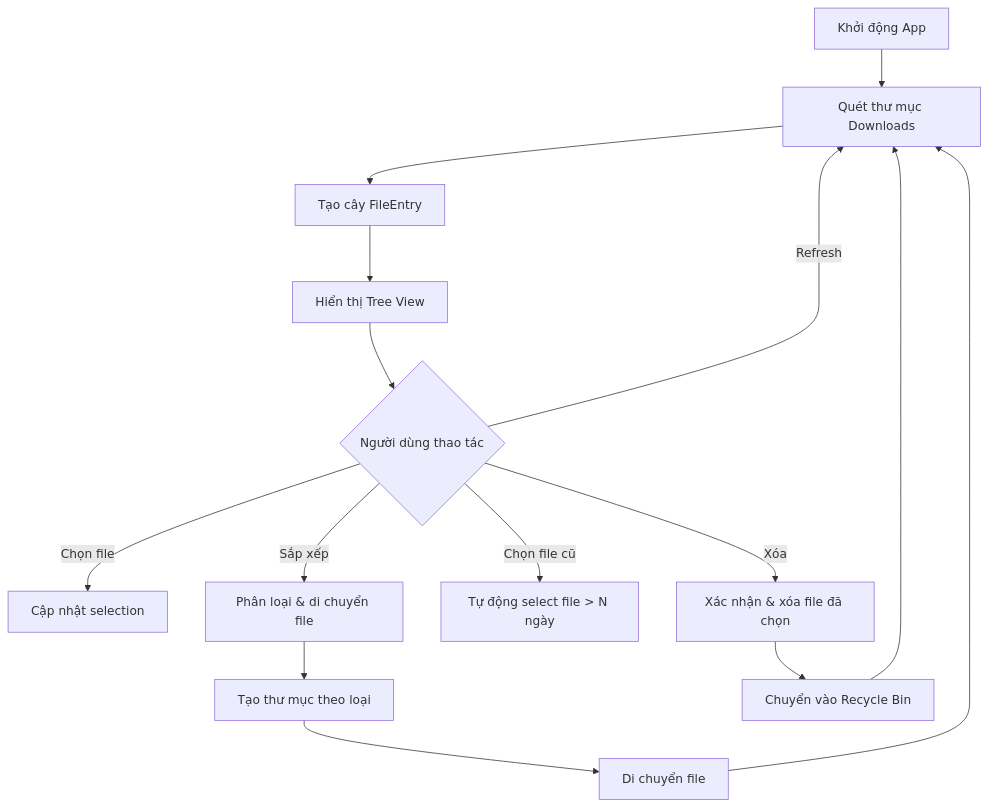
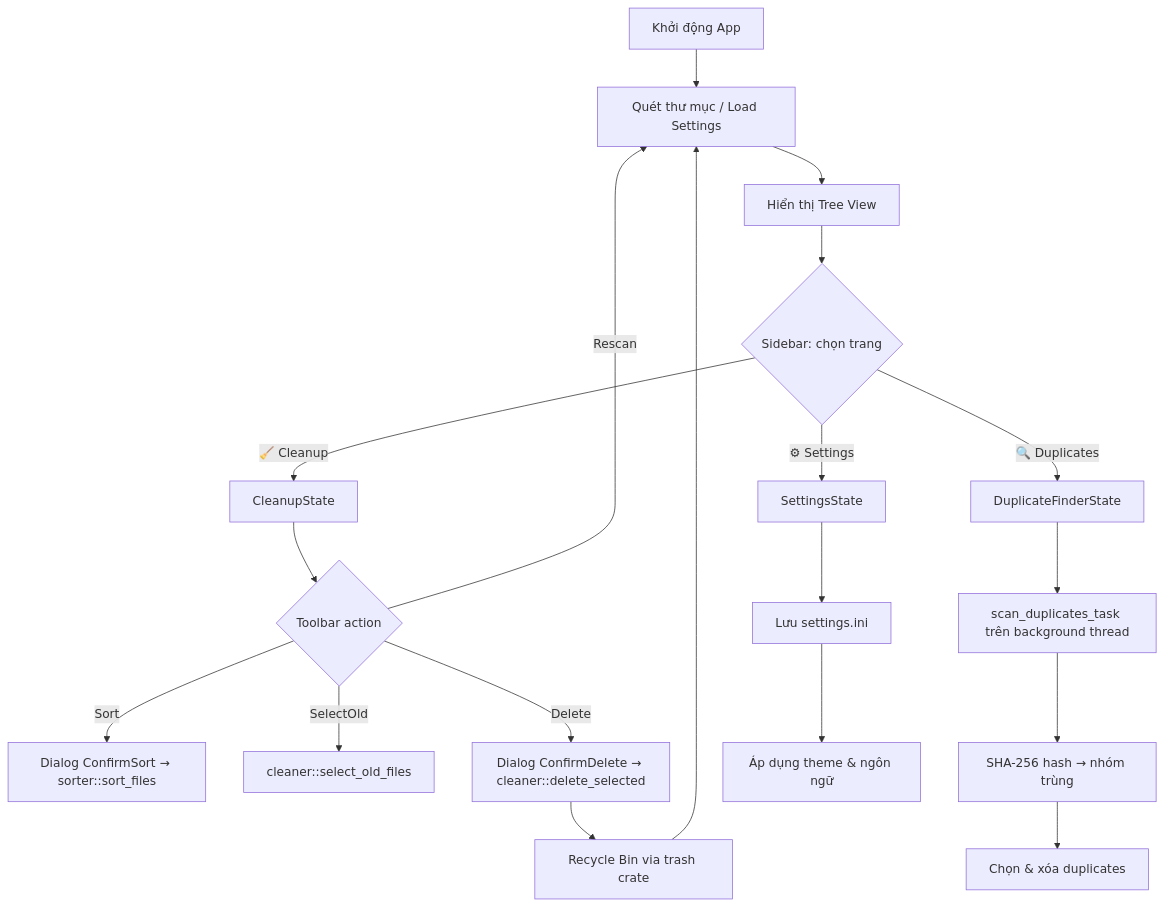
The diagram in docs/application_design.md (uongsuadaubung/cleaner), drawn with Mermaid before and after one commit. The commit also changed other lines of this file and 1 other file, not shown here.

Commit message:
chore: Cập nhật lại tài liệu

````diff
--- a/docs/application_design.md
+++ b/docs/application_design.md
@@ -68,17 +64,21 @@
 ```mermaid
 flowchart TD
-    A[Khởi động App] --> B[Quét thư mục Downloads]
-    B --> C[Tạo cây FileEntry]
-    C --> D[Hiển thị Tree View]
-    D --> E{Người dùng thao tác}
-    E -->|Chọn file| F[Cập nhật selection]
-    E -->|Sắp xếp| G[Phân loại & di chuyển file]
-    E -->|Chọn file cũ| H[Tự động select file > N ngày]
-    E -->|Xóa| I[Xác nhận & xóa file đã chọn]
-    E -->|Refresh| B
-    G --> J[Tạo thư mục theo loại]
-    J --> K[Di chuyển file]
-    K --> B
-    I --> L[Chuyển vào Recycle Bin]
+    A[Khởi động App] --> B[Quét thư mục / Load Settings]
+    B --> C[Hiển thị Tree View]
+    C --> D{Sidebar: chọn trang}
+    D -->|🧹 Cleanup| E[CleanupState]
+    D -->|🔍 Duplicates| F[DuplicateFinderState]
+    D -->|⚙ Settings| G[SettingsState]
+    E --> H{Toolbar action}
+    H -->|Rescan| B
+    H -->|Sort| I[Dialog ConfirmSort → sorter::sort_files]
+    H -->|SelectOld| J[cleaner::select_old_files]
+    H -->|Delete| K[Dialog ConfirmDelete → cleaner::delete_selected]
+    K --> L[Recycle Bin via trash crate]
     L --> B
+    F --> M[scan_duplicates_task trên background thread]
+    M --> N[SHA-256 hash → nhóm trùng]
+    N --> O[Chọn & xóa duplicates]
+    G --> P[Lưu settings.ini]
+    P --> Q[Áp dụng theme & ngôn ngữ]
 ```
````
